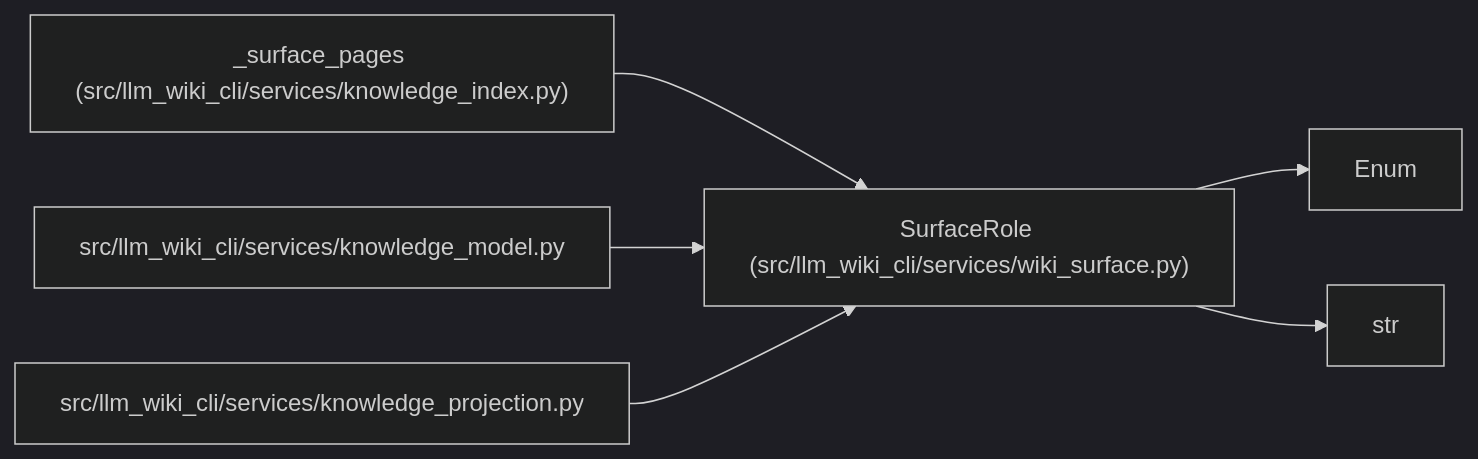
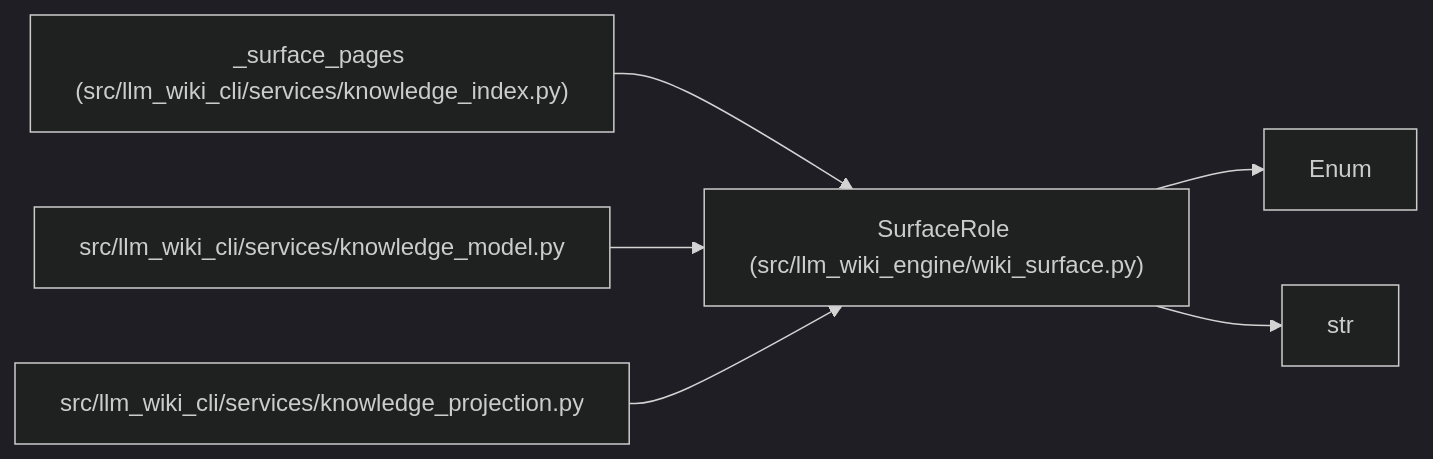
Before and after one commit to Denissvgn/python-wiki-llm: the diagram in docs/llm_wiki/entities/SurfaceRole.md, drawn with Mermaid (dark theme). The commit also changed other lines of this file and 1103 other files, not shown here.

First line of the commit message:
docs: refresh the wiki for the llm-wiki-engine distribution

````diff
--- a/docs/llm_wiki/entities/SurfaceRole.md
+++ b/docs/llm_wiki/entities/SurfaceRole.md
@@ -27,18 +27,18 @@
 ```mermaid
 flowchart LR
-    n0["SurfaceRole (src/llm_wiki_cli/services/wiki_surface.py)"]
+    n0["SurfaceRole (src/llm_wiki_engine/wiki_surface.py)"]
     n1["Enum"]
     n2["str"]
     n3["_surface_pages (src/llm_wiki_cli/services/knowledge_index.py)"]
     n4["src/llm_wiki_cli/services/knowledge_model.py"]
     n5["src/llm_wiki_cli/services/knowledge_projection.py"]
     n0 --> n1
     n0 --> n2
     n3 --> n0
     n4 --> n0
     n5 --> n0
     click n0 "../modules/wiki_surface.md"
     click n3 "../modules/knowledge_index.md"
     click n4 "../modules/knowledge_model.md"
     click n5 "../modules/knowledge_projection.md"
 ```
````
